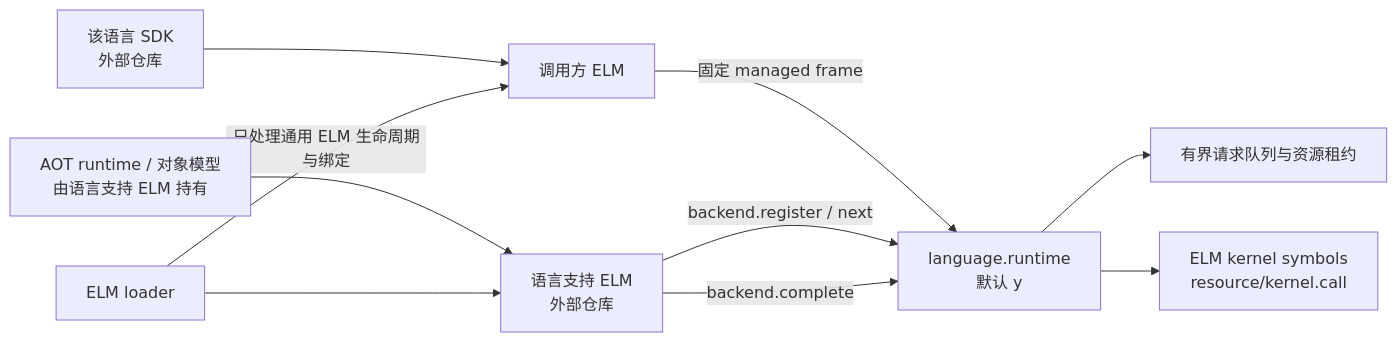
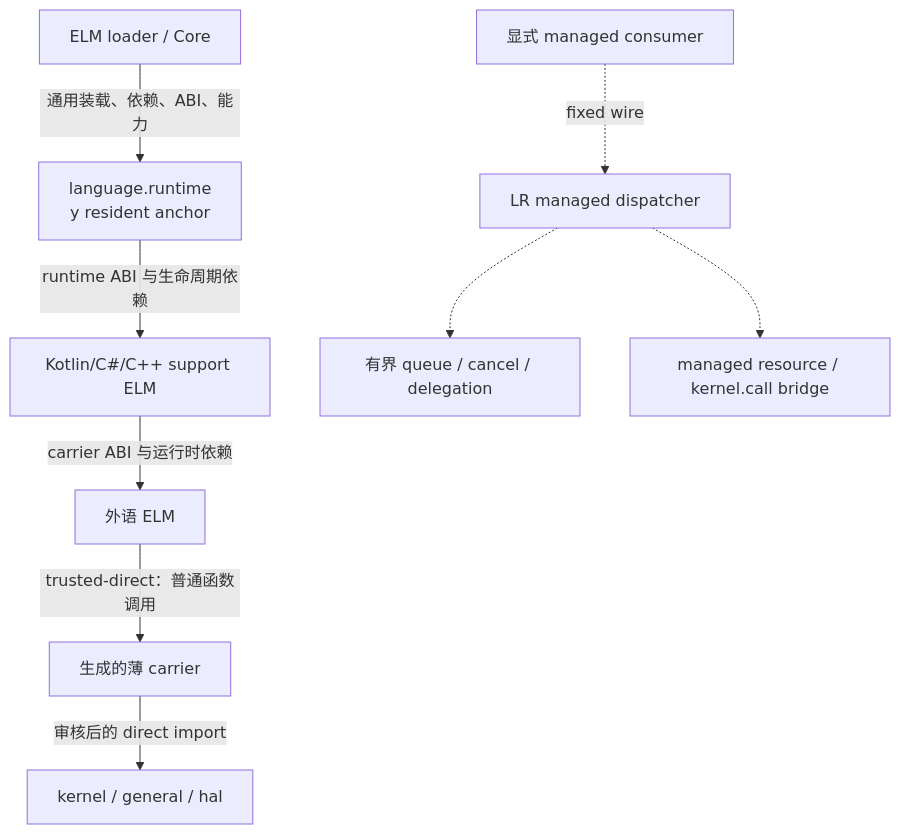
The diagram in LANGUAGE_RUNTIME.md (redstone6835/hitoshizuku), drawn with Mermaid before and after one commit. The commit also changed other lines of this file, not shown here.

Commit message:
docs: 重整外语 ELM 与语言运行时边界

````diff
--- a/LANGUAGE_RUNTIME.md
+++ b/LANGUAGE_RUNTIME.md
@@ -22,12 +29,12 @@
 ```mermaid
-flowchart LR
-    C[调用方 ELM] -->|固定 managed frame| R[language.runtime<br/>默认 y]
-    R --> Q[有界请求队列与资源租约]
-    R --> K[ELM kernel symbols<br/>resource/kernel.call]
-    B[语言支持 ELM<br/>外部仓库] -->|backend.register / next| R
-    B -->|backend.complete| R
-    S[该语言 SDK<br/>外部仓库] --> C
-    T[AOT runtime / 对象模型<br/>由语言支持 ELM 持有] --> B
-    L[ELM loader] -->|只处理通用 ELM 生命周期与绑定| C
-    L --> B
+flowchart TB
+    L[ELM loader / Core] -->|通用装载、依赖、ABI、能力| A[language.runtime<br/>y resident anchor]
+    A -->|runtime ABI 与生命周期依赖| S[Kotlin/C#/C++ support ELM]
+    S -->|carrier ABI 与运行时依赖| F[外语 ELM]
+    F -->|trusted-direct：普通函数调用| C[生成的薄 carrier]
+    C -->|审核后的 direct import| K[kernel / general / hal]
+
+    M[显式 managed consumer] -.->|fixed wire| D[LR managed dispatcher]
+    D -.-> Q[有界 queue / cancel / delegation]
+    D -.-> R[managed resource / kernel.call bridge]
 ```
````
